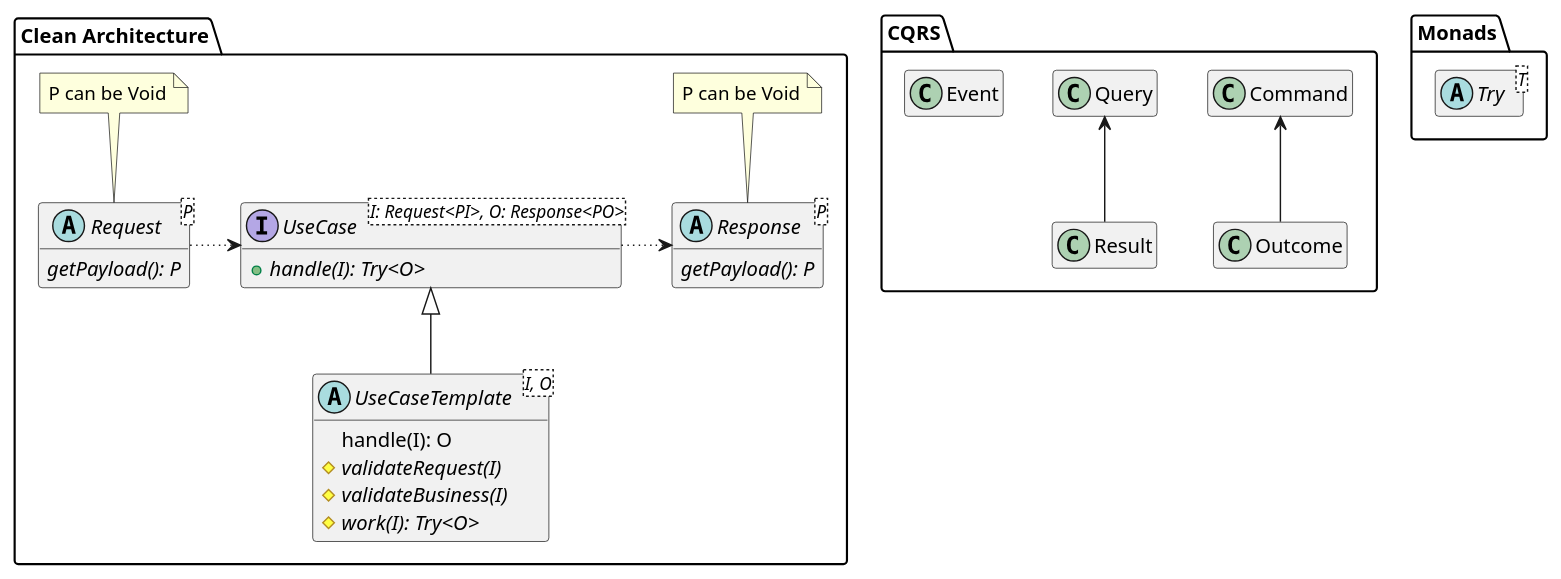
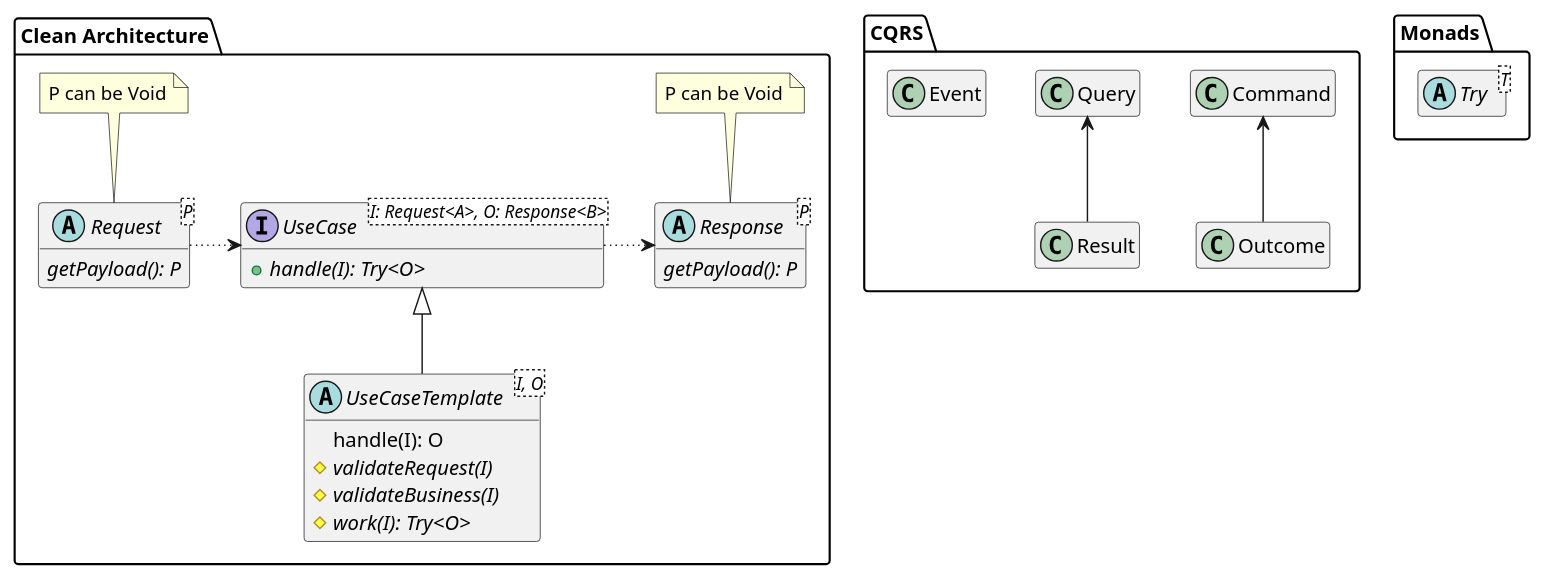
Before and after one commit to lucaster/clean-architecture: the diagram in doc/clean_arch.plantuml, drawn with PlantUML.

Commit message:
generics tweak

```diff
--- a/doc/clean_arch.plantuml
+++ b/doc/clean_arch.plantuml
@@ -1,40 +1,40 @@
 @startuml clean_arch
 hide empty members
 
 package CQRS {
   class Command
   class Query
   class Event
   Command <-- Outcome
   Query <-- Result
 }
 
 package "Clean Architecture" {
   abstract class Request<P> {
     {abstract} getPayload(): P
   }
   abstract class Response<P> {
     {abstract} getPayload(): P
   }
   note top of Request : P can be Void
   note top of Response : P can be Void
-  interface UseCase<I: Request<PI>, O: Response<PO>> {
+  interface UseCase<I: Request<A>, O: Response<B>> {
     {abstract} +handle(I): Try<O>
   }
   abstract class UseCaseTemplate<I, O> {
     handle(I): O
     {abstract} #validateRequest(I)
     {abstract} #validateBusiness(I)
     {abstract} #work(I): Try<O>
   }
   ' note bottom of UseCaseTemplate : handle() uses Try pattern
   UseCase <|-- UseCaseTemplate
 
   Request .[dotted]right.> UseCase
   UseCase .[dotted]right.> Response
 }
 package Monads {
   abstract class Try<T>
 }
 
 @enduml
```
